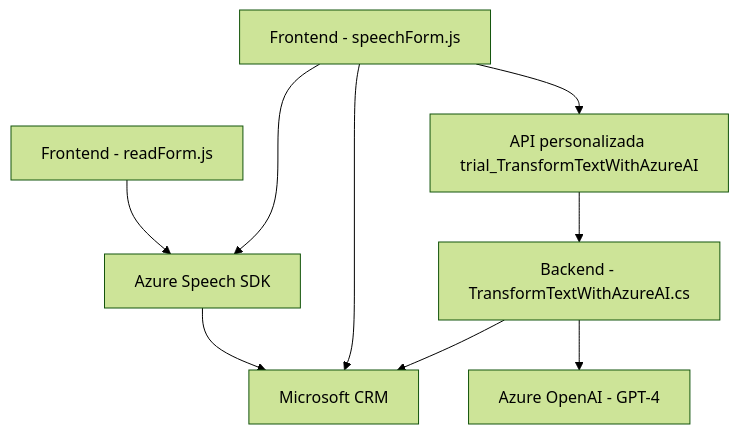
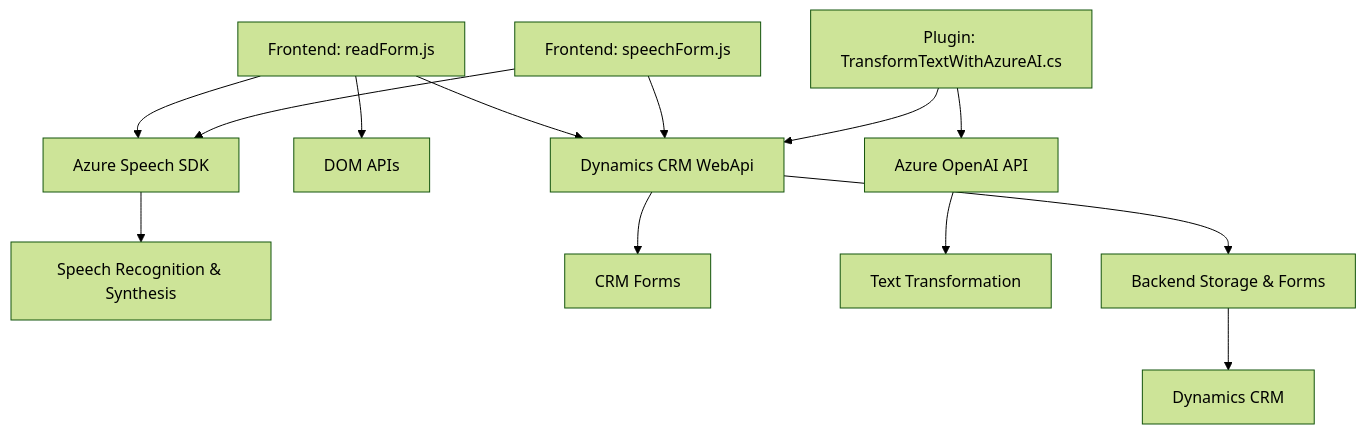
One commit to blopezdm/NETCORE_BILBAO2025 changed the diagram in README.md. Above: the diagram before and after it, drawn with Mermaid (forest theme). The commit also changed other lines of this file, not shown here.

````diff
--- a/README.md
+++ b/README.md
@@ -57,19 +57,15 @@
 ```mermaid
 graph TD
-A["Frontend - readForm.js"]
-B["Frontend - speechForm.js"]
-C["Backend - TransformTextWithAzureAI.cs"]
-D["Azure Speech SDK"]
-E["Microsoft CRM"]
-F["Azure OpenAI - GPT-4"]
-G["API personalizada trial_TransformTextWithAzureAI"]
-
-A-->D
-B-->D
-D-->E
-B-->E
-B-->G
-C-->F
-G-->C
-C-->E
+    A["Frontend: readForm.js"] --> B["Azure Speech SDK"]
+    A --> D["DOM APIs"]
+    A --> E["Dynamics CRM WebApi"]
+    B --> F["Speech Recognition & Synthesis"]
+    E --> G["CRM Forms"]
+    H["Frontend: speechForm.js"] --> E
+    H --> B
+    I["Plugin: TransformTextWithAzureAI.cs"] --> J["Azure OpenAI API"]
+    I --> E
+    J --> K["Text Transformation"]
+    E --> L["Backend Storage & Forms"]
+    L --> CRM["Dynamics CRM"]
 ```
````
